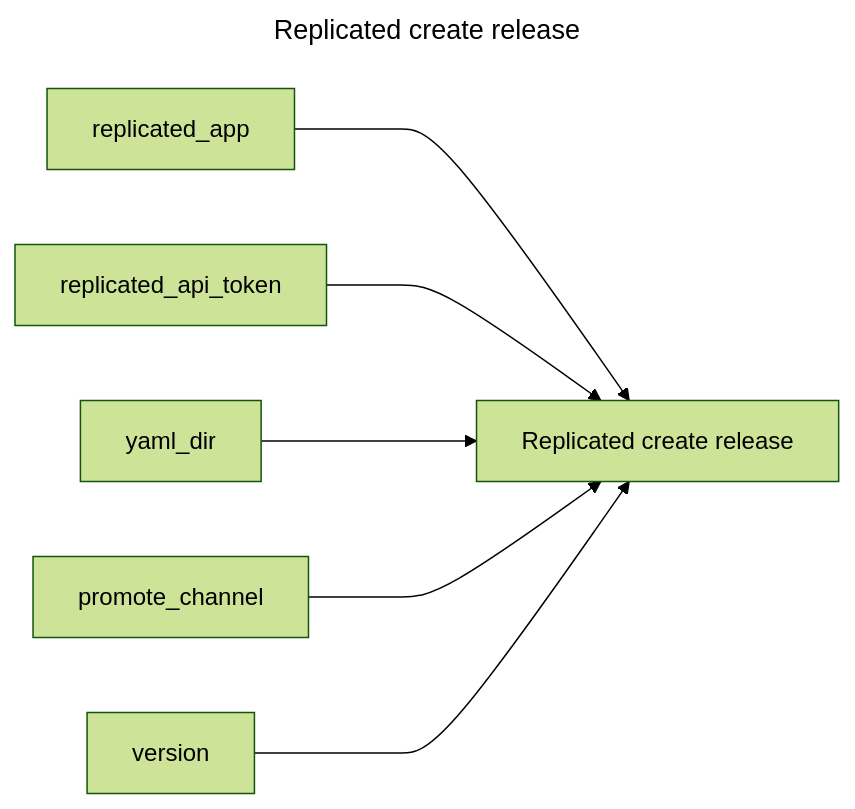
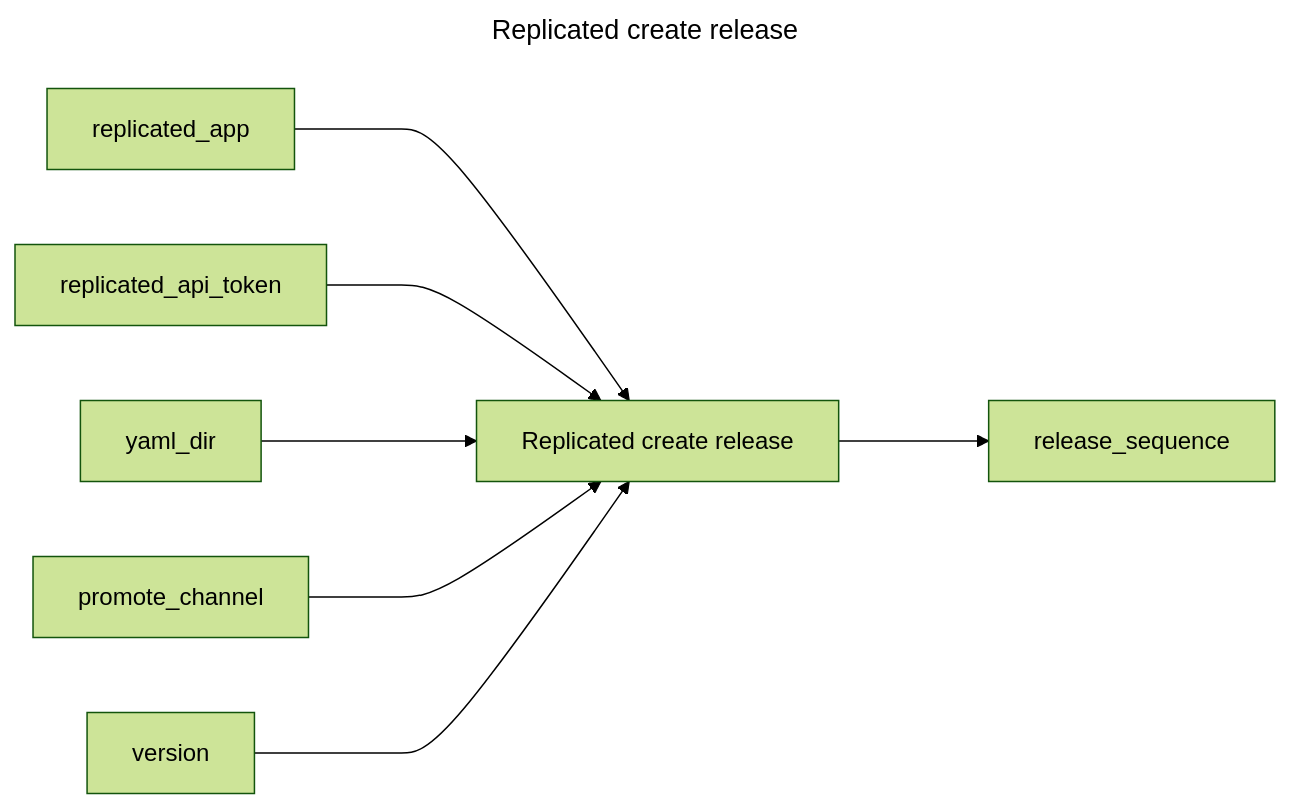
The diagram in create-release/README.md (replicatedhq/replicated-actions), drawn with Mermaid (forest theme) before and after one commit. The commit also changed 2 other files, not shown here.

Commit message:
Also output release sequence number

````diff
--- a/create-release/README.md
+++ b/create-release/README.md
@@ -3,12 +3,13 @@
 ```mermaid
 ---
 title: Replicated create release
 ---
 graph LR
 replicated_create_release["Replicated create release"]
 replicated_app ---> replicated_create_release
 replicated_api_token ---> replicated_create_release
 yaml_dir ---> replicated_create_release
 promote_channel ---> replicated_create_release
 version ---> replicated_create_release
+replicated_create_release ---> release_sequence
 ```
````
